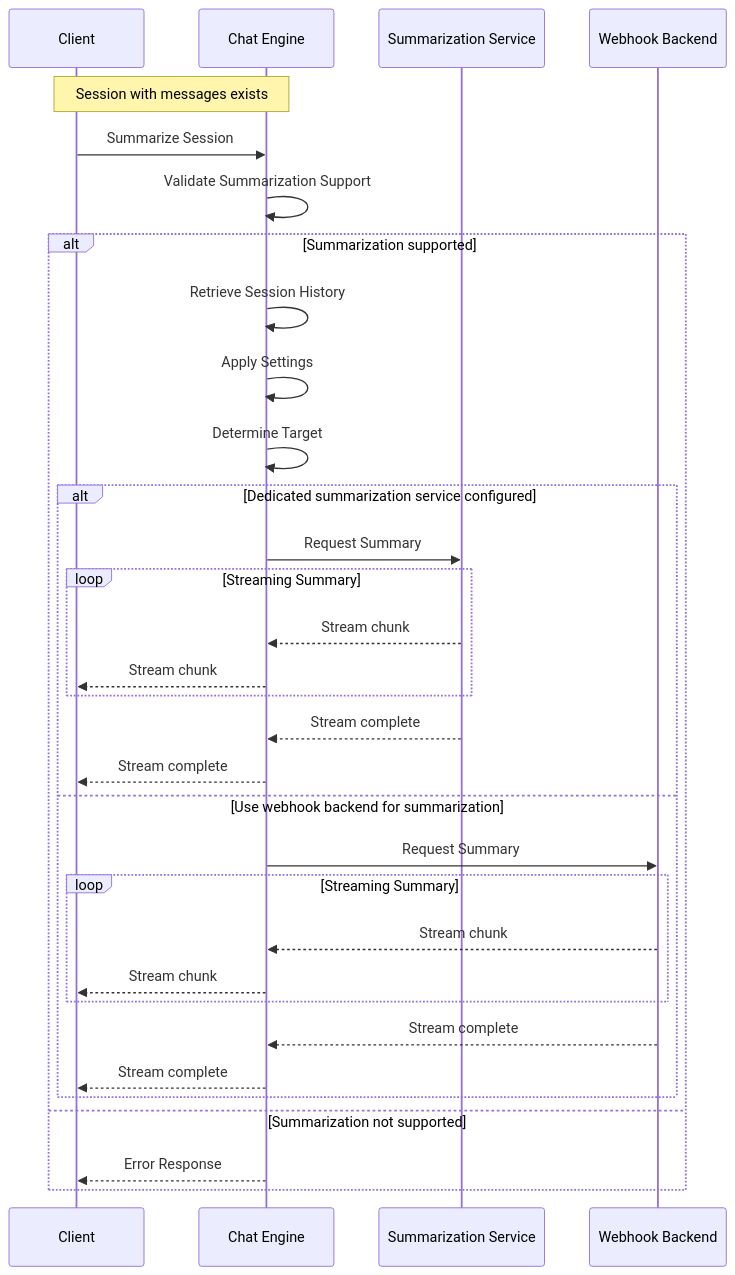
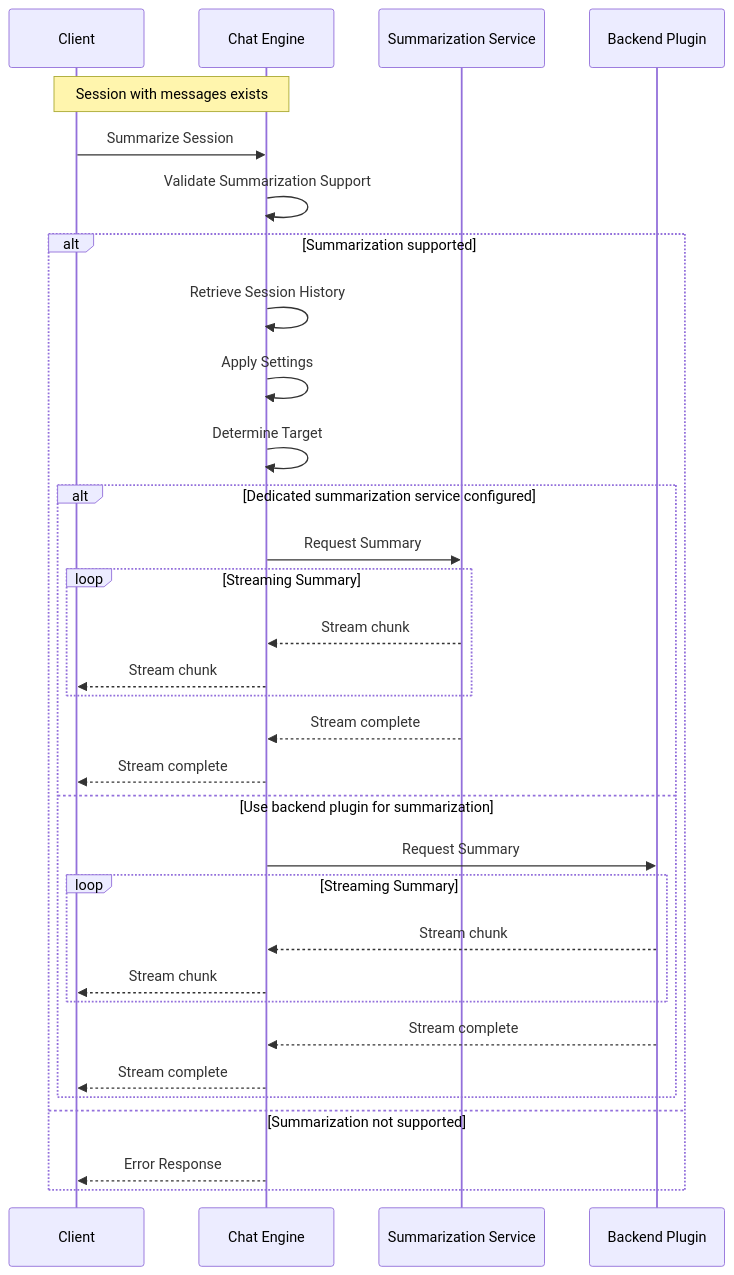
Before and after one commit to Ritmix3300/cyberfabric-core: diagram 14 of 16 in modules/chat_engine/DESIGN.md, drawn with Mermaid. The commit also changed other lines of this file and 26 other files, not shown here.

Commit message:
replace webhook backend with backend plugin

````diff
--- a/modules/chat_engine/DESIGN.md
+++ b/modules/chat_engine/DESIGN.md
@@ -856,42 +852,42 @@
 ```mermaid
 sequenceDiagram
     participant Client
     participant Chat Engine
     participant Summarization Service
-    participant Webhook Backend
+    participant Backend Plugin
 
     Note over Client,Chat Engine: Session with messages exists
 
     Client->>Chat Engine: Summarize Session
     Chat Engine->>Chat Engine: Validate Summarization Support
 
     alt Summarization supported
         Chat Engine->>Chat Engine: Retrieve Session History
         Chat Engine->>Chat Engine: Apply Settings
         Chat Engine->>Chat Engine: Determine Target
 
         alt Dedicated summarization service configured
             Chat Engine->>Summarization Service: Request Summary
 
             loop Streaming Summary
                 Summarization Service-->>Chat Engine: Stream chunk
                 Chat Engine-->>Client: Stream chunk
             end
 
             Summarization Service-->>Chat Engine: Stream complete
             Chat Engine-->>Client: Stream complete
-        else Use webhook backend for summarization
-            Chat Engine->>Webhook Backend: Request Summary
+        else Use backend plugin for summarization
+            Chat Engine->>Backend Plugin: Request Summary
 
             loop Streaming Summary
-                Webhook Backend-->>Chat Engine: Stream chunk
+                Backend Plugin-->>Chat Engine: Stream chunk
                 Chat Engine-->>Client: Stream chunk
             end
 
-            Webhook Backend-->>Chat Engine: Stream complete
+            Backend Plugin-->>Chat Engine: Stream complete
             Chat Engine-->>Client: Stream complete
         end
     else Summarization not supported
         Chat Engine-->>Client: Error Response
     end
 ```
````
